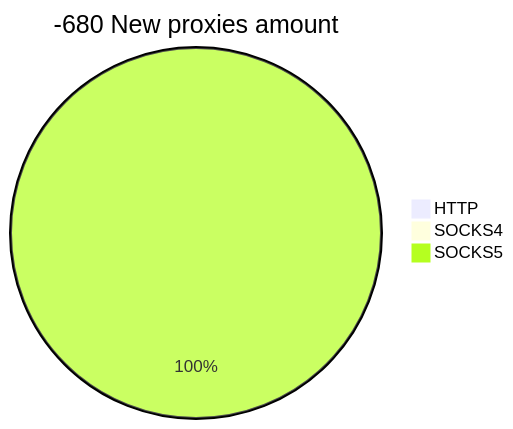
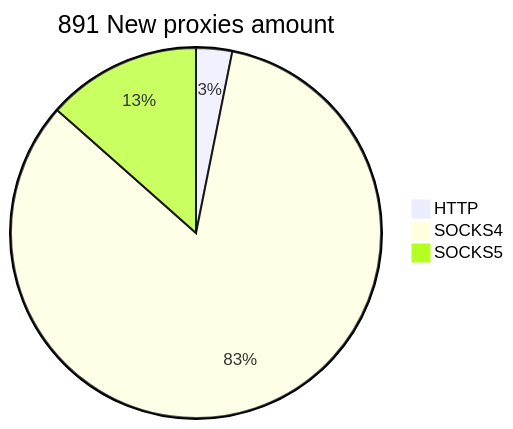
The second of 2 diagrams in README.md (cutipu/proxylist), drawn with Mermaid before and after one commit. The commit also changed other lines of this file, not shown here.

````diff
--- a/README.md
+++ b/README.md
@@ -10,6 +10,6 @@
 ```mermaid
-pie title -680 New proxies amount
-    "HTTP" : 0
-    "SOCKS4" : 0
-    "SOCKS5" : 93
+pie title 891 New proxies amount
+    "HTTP" : 28
+    "SOCKS4" : 743
+    "SOCKS5" : 120
 ```
````
